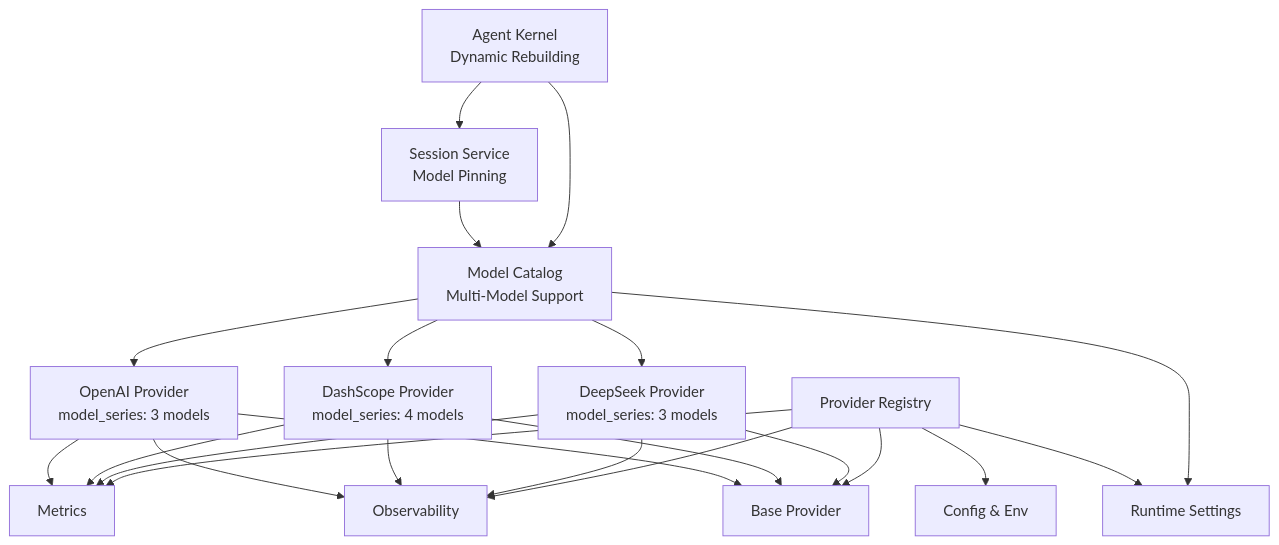
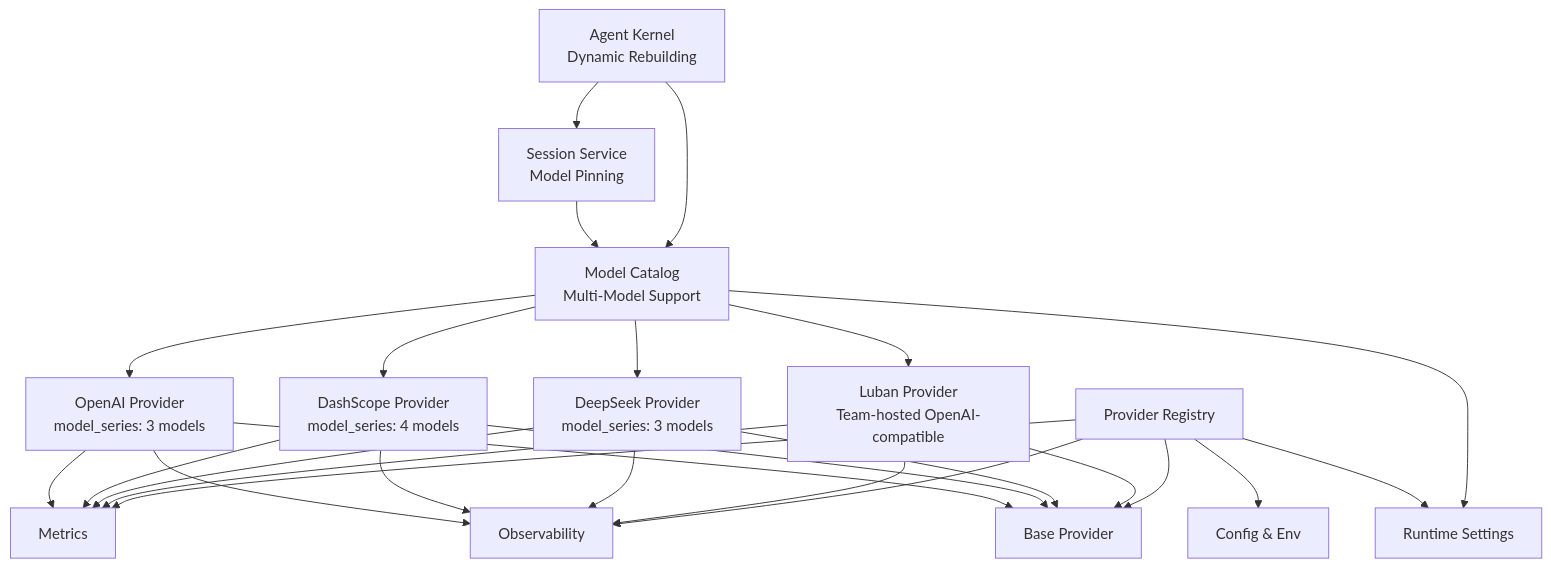
The sixth of 6 diagrams in .qoder/repowiki/en/content/Agent Platform Service/Provider Registry and Multi-Provider Support.md (metasync/luban-aiops), drawn with Mermaid before and after one commit. The commit also changed other lines of this file and 16 other files, not shown here.

````diff
--- a/.qoder/repowiki/en/content/Agent Platform Service/Provider Registry and Multi-Provider Support.md
+++ b/.qoder/repowiki/en/content/Agent Platform Service/Provider Registry and Multi-Provider Support.md
@@ -537,36 +581,41 @@
 ```mermaid
 graph TB
 Base["Base Provider"]
 OAI["OpenAI Provider<br/>model_series: 3 models"]
 DS["DashScope Provider<br/>model_series: 4 models"]
 DK["DeepSeek Provider<br/>model_series: 3 models"]
+LB["Luban Provider<br/>Team-hosted OpenAI-compatible"]
 Reg["Provider Registry"]
 Cfg["Config & Env"]
 RS["Runtime Settings"]
 Obs["Observability"]
 Met["Metrics"]
 Catalog["Model Catalog<br/>Multi-Model Support"]
 SessionSvc["Session Service<br/>Model Pinning"]
 Kernel["Agent Kernel<br/>Dynamic Rebuilding"]
 OAI --> Base
 DS --> Base
 DK --> Base
+LB --> Base
 Reg --> Base
 Reg --> RS
 Reg --> Cfg
 OAI --> Obs
 DS --> Obs
 DK --> Obs
+LB --> Obs
 Reg --> Obs
 OAI --> Met
 DS --> Met
 DK --> Met
+LB --> Met
 Reg --> Met
 Catalog --> RS
 Catalog --> OAI
 Catalog --> DS
 Catalog --> DK
+Catalog --> LB
 SessionSvc --> Catalog
 Kernel --> Catalog
 Kernel --> SessionSvc
 ```
````
